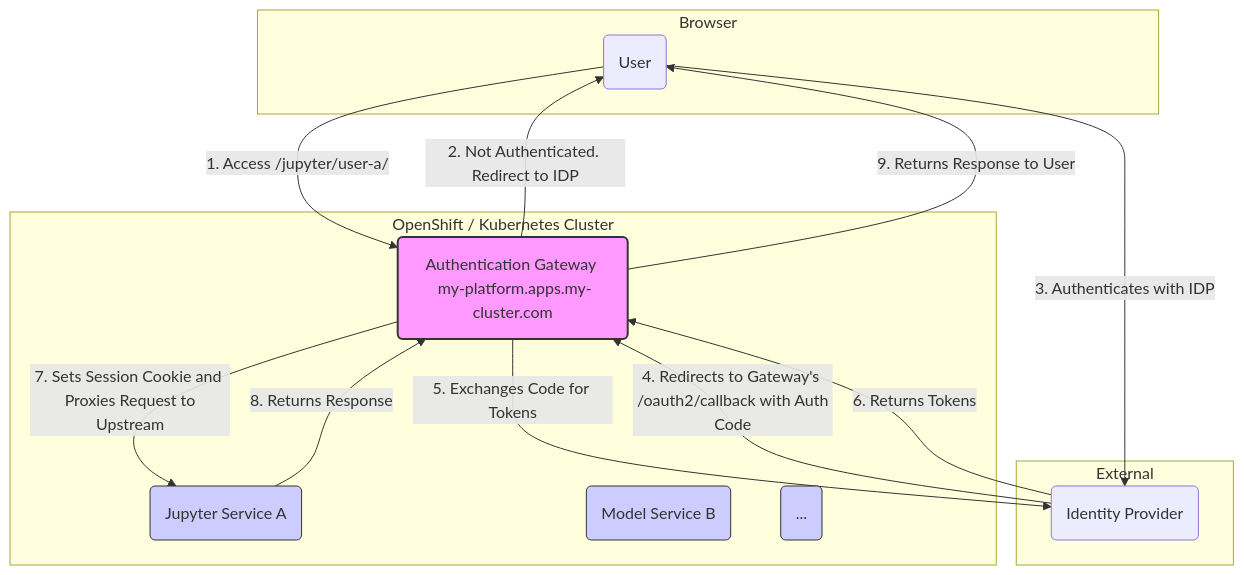
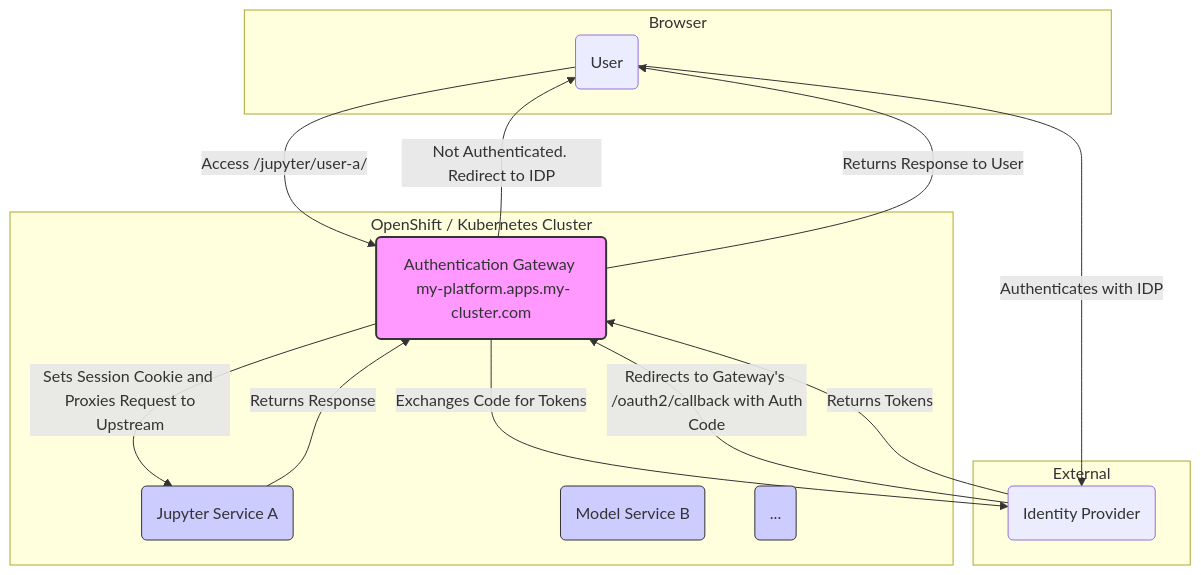
The second of 2 diagrams in docs/OIDC_OAUTH.md (jctanner/rhoai-hacking), drawn with Mermaid before and after one commit.

````diff
--- a/docs/OIDC_OAUTH.md
+++ b/docs/OIDC_OAUTH.md
@@ -124,32 +124,32 @@
 ```mermaid
 graph TD
     subgraph "Browser"
         U(User)
     end
 
     subgraph "OpenShift / Kubernetes Cluster"
         G(Authentication Gateway <br> my-platform.apps.my-cluster.com)
         S1(Jupyter Service A)
         S2(Model Service B)
         S3(...)
     end
     
     subgraph "External"
         I(Identity Provider)
     end
 
-    U -- "1. Access /jupyter/user-a/" --> G;
-    G -- "2. Not Authenticated. Redirect to IDP" --> U;
-    U -- "3. Authenticates with IDP" --> I;
-    I -- "4. Redirects to Gateway's <br> /oauth2/callback with Auth Code" --> G;
-    G -- "5. Exchanges Code for Tokens" --> I;
-    I -- "6. Returns Tokens" --> G;
-    G -- "7. Sets Session Cookie and <br> Proxies Request to Upstream" --> S1;
-    S1 -- "8. Returns Response" --> G;
-    G -- "9. Returns Response to User" --> U;
+    U -- "Access /jupyter/user-a/" --> G;
+    G -- "Not Authenticated. Redirect to IDP" --> U;
+    U -- "Authenticates with IDP" --> I;
+    I -- "Redirects to Gateway's <br> /oauth2/callback with Auth Code" --> G;
+    G -- "Exchanges Code for Tokens" --> I;
+    I -- "Returns Tokens" --> G;
+    G -- "Sets Session Cookie and <br> Proxies Request to Upstream" --> S1;
+    S1 -- "Returns Response" --> G;
+    G -- "Returns Response to User" --> U;
 
     style G fill:#f9f,stroke:#333,stroke-width:2px
     style S1 fill:#ccf,stroke:#333,stroke-width:1px
     style S2 fill:#ccf,stroke:#333,stroke-width:1px
     style S3 fill:#ccf,stroke:#333,stroke-width:1px
 ```
````
